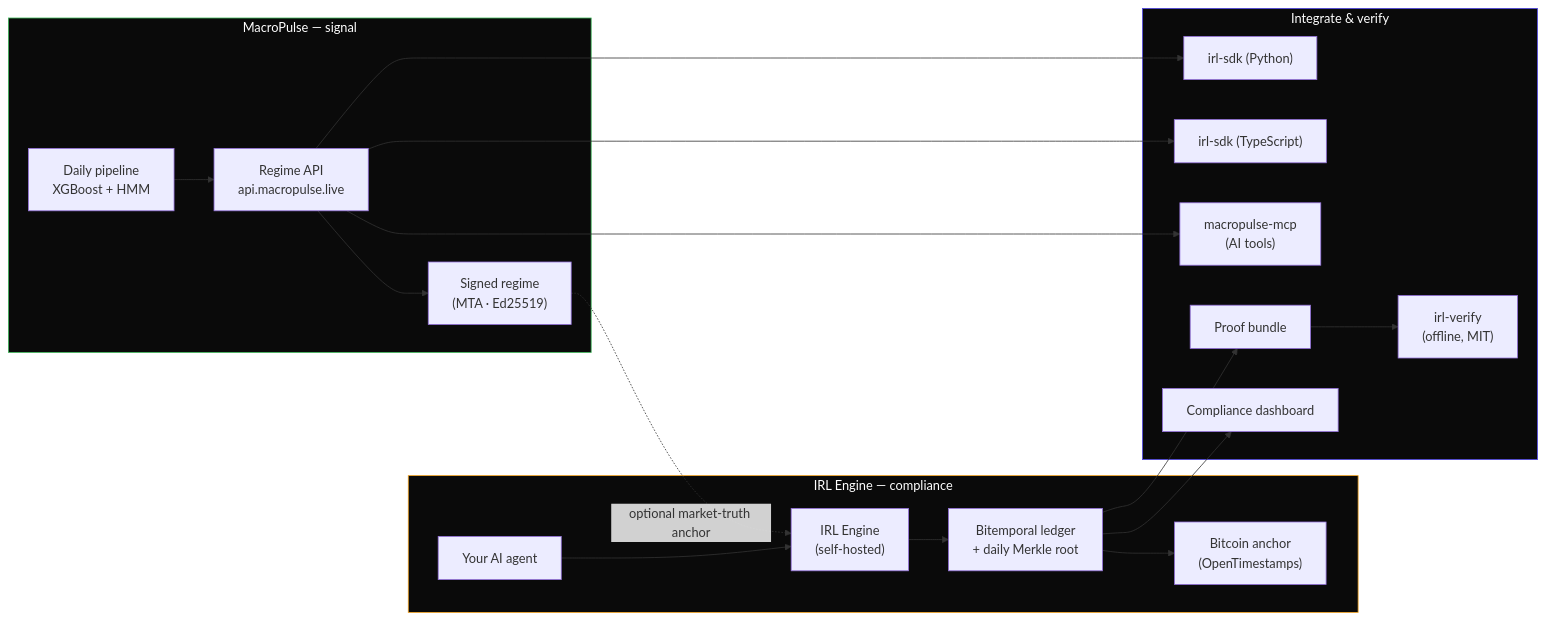
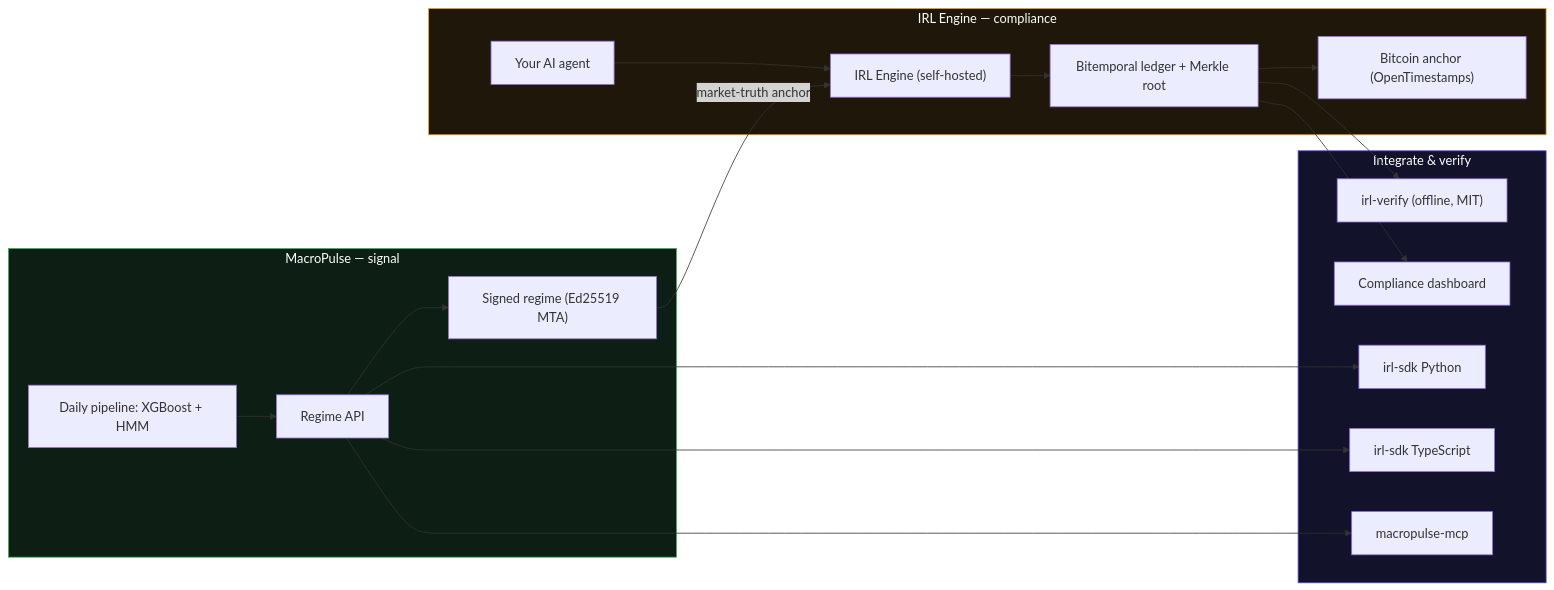
The diagram in README.md (GabrielGauss/macropulse-platform), drawn with Mermaid before and after one commit.

Commit message:
fix: mermaid diagram syntax (edge labels + node phrasing)

````diff
--- a/README.md
+++ b/README.md
@@ -42,27 +42,32 @@
 ```mermaid
 flowchart LR
     subgraph MP["MacroPulse — signal"]
-        PIPE["Daily pipeline<br/>XGBoost + HMM"] --> API["Regime API<br/>api.macropulse.live"]
-        API --> MTA["Signed regime<br/>(MTA · Ed25519)"]
+        PIPE["Daily pipeline: XGBoost + HMM"] --> API["Regime API"]
+        API --> MTA["Signed regime (Ed25519 MTA)"]
     end
 
     subgraph IRL["IRL Engine — compliance"]
-        MTA -.optional market-truth anchor.-> ENGINE["IRL Engine<br/>(self-hosted)"]
-        AGENT["Your AI agent"] --> ENGINE
-        ENGINE --> LEDGER["Bitemporal ledger<br/>+ daily Merkle root"]
-        LEDGER --> BTC["Bitcoin anchor<br/>(OpenTimestamps)"]
+        AGENT["Your AI agent"] --> ENGINE["IRL Engine (self-hosted)"]
+        ENGINE --> LEDGER["Bitemporal ledger + Merkle root"]
+        LEDGER --> BTC["Bitcoin anchor (OpenTimestamps)"]
     end
 
     subgraph CONSUME["Integrate & verify"]
-        API --> SDKPY["irl-sdk (Python)"]
-        API --> SDKTS["irl-sdk (TypeScript)"]
-        API --> MCP["macropulse-mcp<br/>(AI tools)"]
-        LEDGER --> BUNDLE["Proof bundle"]
-        BUNDLE --> VERIFY["irl-verify<br/>(offline, MIT)"]
-        LEDGER --> DASH["Compliance dashboard"]
+        SDKPY["irl-sdk Python"]
+        SDKTS["irl-sdk TypeScript"]
+        MCP["macropulse-mcp"]
+        VERIFY["irl-verify (offline, MIT)"]
+        DASH["Compliance dashboard"]
     end
 
-    style MP fill:#0a0a0a,stroke:#3fb85a,color:#fff
-    style IRL fill:#0a0a0a,stroke:#f5a623,color:#fff
-    style CONSUME fill:#0a0a0a,stroke:#4f46e5,color:#fff
+    MTA -->|"market-truth anchor"| ENGINE
+    API --> SDKPY
+    API --> SDKTS
+    API --> MCP
+    LEDGER --> VERIFY
+    LEDGER --> DASH
+
+    style MP fill:#0d1f14,stroke:#3fb85a,color:#fff
+    style IRL fill:#1f180a,stroke:#f5a623,color:#fff
+    style CONSUME fill:#12122b,stroke:#4f46e5,color:#fff
 ```
````
